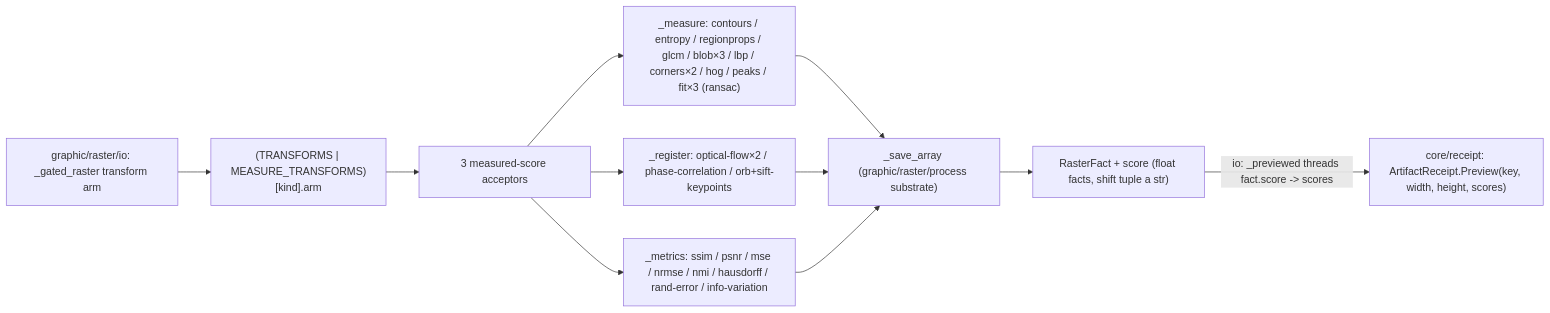
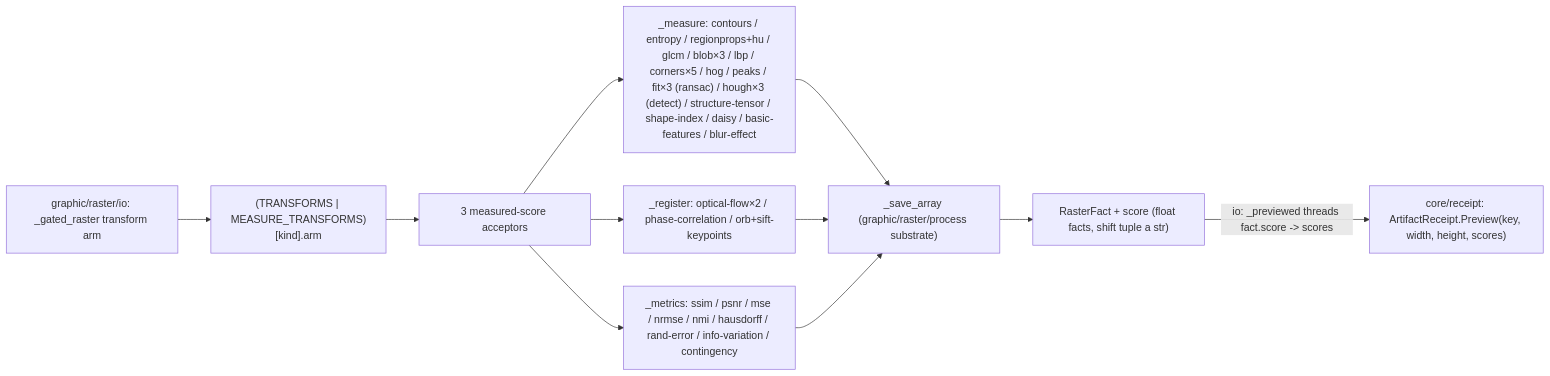
The diagram in libs/python/artifacts/.planning/graphic/raster/measure.md (bsamiee/Rasm), drawn with Mermaid before and after one commit. The commit also changed other lines of this file and 108 other files, not shown here.

````diff
--- a/libs/python/artifacts/.planning/graphic/raster/measure.md
+++ b/libs/python/artifacts/.planning/graphic/raster/measure.md
@@ -148,13 +194,13 @@
 ```mermaid
 flowchart LR
     Tx["graphic/raster/io: _gated_raster transform arm"] --> Table["(TRANSFORMS | MEASURE_TRANSFORMS)[kind].arm"]
     Table --> Acc["3 measured-score acceptors"]
-    Acc --> Mea["_measure: contours / entropy / regionprops / glcm / blob×3 / lbp / corners×2 / hog / peaks / fit×3 (ransac)"]
+    Acc --> Mea["_measure: contours / entropy / regionprops+hu / glcm / blob×3 / lbp / corners×5 / hog / peaks / fit×3 (ransac) / hough×3 (detect) / structure-tensor / shape-index / daisy / basic-features / blur-effect"]
     Acc --> Reg["_register: optical-flow×2 / phase-correlation / orb+sift-keypoints"]
-    Acc --> Met["_metrics: ssim / psnr / mse / nrmse / nmi / hausdorff / rand-error / info-variation"]
+    Acc --> Met["_metrics: ssim / psnr / mse / nrmse / nmi / hausdorff / rand-error / info-variation / contingency"]
     Mea --> Save["_save_array (graphic/raster/process substrate)"]
     Reg --> Save
     Met --> Save
     Save --> Fact["RasterFact + score (float facts, shift tuple a str)"]
     Fact -->|"io: _previewed threads fact.score -> scores"| Preview["core/receipt: ArtifactReceipt.Preview(key, width, height, scores)"]
 ```
````
